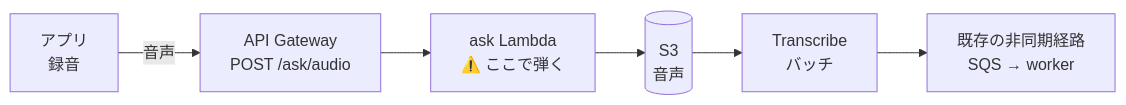
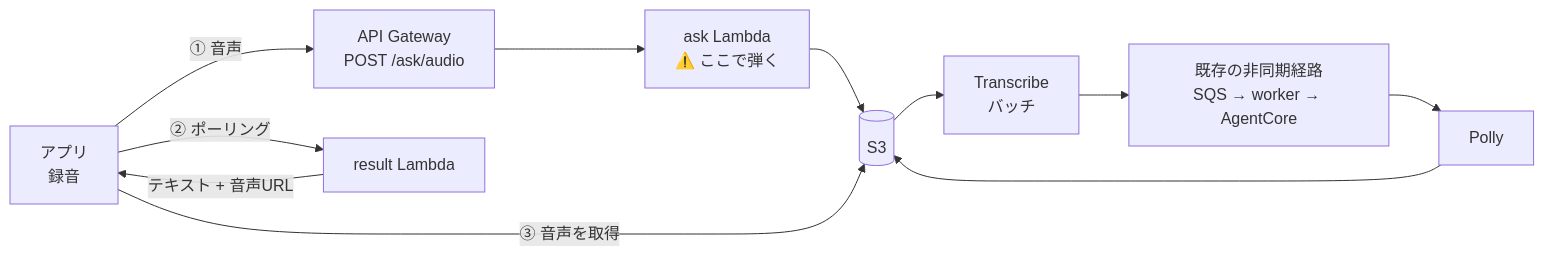
Before and after one commit to h-akira/TouringProject: the second of 3 diagrams in docs/01_architecture.md, drawn with Mermaid. The commit also changed other lines of this file and 2 other files, not shown here.

First line of the commit message:
docs: hand back answer audio as a presigned URL, record in M4A

````diff
--- a/docs/01_architecture.md
+++ b/docs/01_architecture.md
@@ -190,8 +190,13 @@
 ```mermaid
 flowchart LR
-    App["アプリ<br/>録音"] -->|"音声"| GW["API Gateway<br/>POST /ask/audio"]
+    App["アプリ<br/>録音"] -->|"① 音声"| GW["API Gateway<br/>POST /ask/audio"]
     GW --> L["ask Lambda<br/>⚠️ ここで弾く"]
-    L --> S3[("S3<br/>音声")]
+    L --> S3[("S3")]
     S3 --> T["Transcribe<br/>バッチ"]
-    T --> Q["既存の非同期経路<br/>SQS → worker"]
+    T --> W["既存の非同期経路<br/>SQS → worker → AgentCore"]
+    W --> P["Polly"]
+    P --> S3
+    App -->|"② ポーリング"| R["result Lambda"]
+    R -->|"テキスト + 音声URL"| App
+    App -->|"③ 音声を取得"| S3
 ```
````
